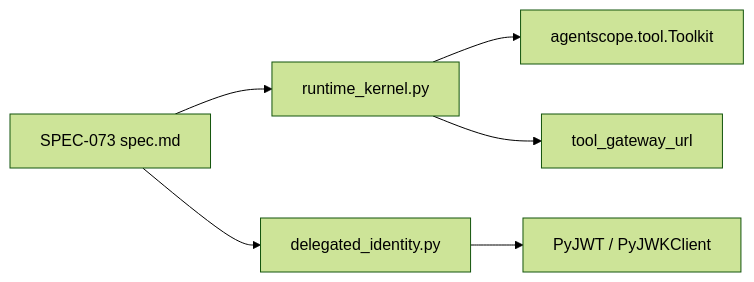
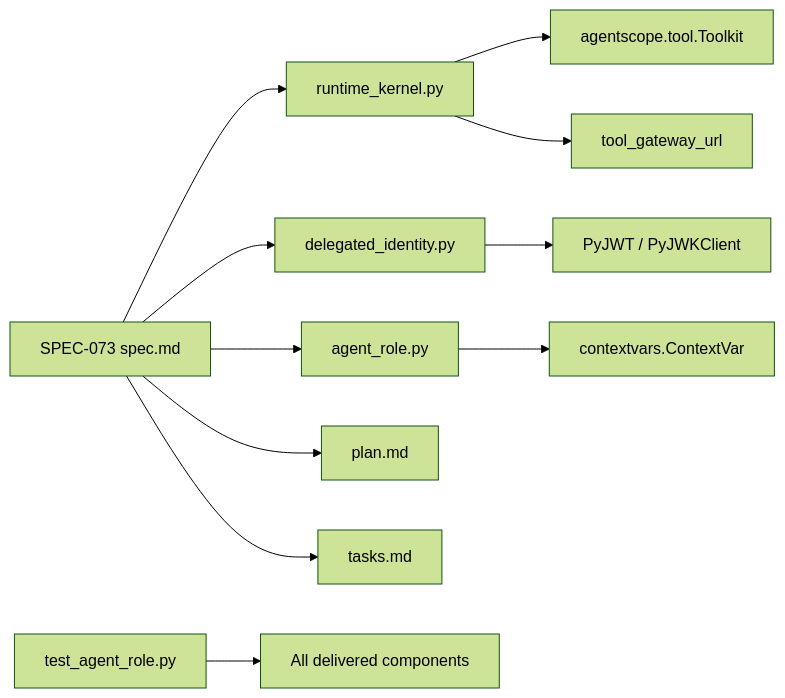
The seventh of 7 diagrams in .qoder/repowiki/en/content/Shared Contracts/SPEC-073_ Role-Scoped Agent Identity and Authority.md (metasync/luban-aiops), drawn with Mermaid (forest theme) before and after one commit. The commit also changed other lines of this file and 22 other files, not shown here.

````diff
--- a/.qoder/repowiki/en/content/Shared Contracts/SPEC-073_ Role-Scoped Agent Identity and Authority.md
+++ b/.qoder/repowiki/en/content/Shared Contracts/SPEC-073_ Role-Scoped Agent Identity and Authority.md
@@ -237,8 +296,13 @@
 ```mermaid
 graph LR
 Spec["SPEC-073 spec.md"] --> Kernel["runtime_kernel.py"]
 Spec --> Identity["delegated_identity.py"]
+Spec --> RoleModule["agent_role.py"]
+Spec --> Plan["plan.md"]
+Spec --> Tasks["tasks.md"]
 Kernel --> Agentscope["agentscope.tool.Toolkit"]
 Kernel --> Gateway["tool_gateway_url"]
 Identity --> JWT["PyJWT / PyJWKClient"]
+RoleModule --> ContextVars["contextvars.ContextVar"]
+Tests["test_agent_role.py"] --> AllComponents["All delivered components"]
 ```
````
